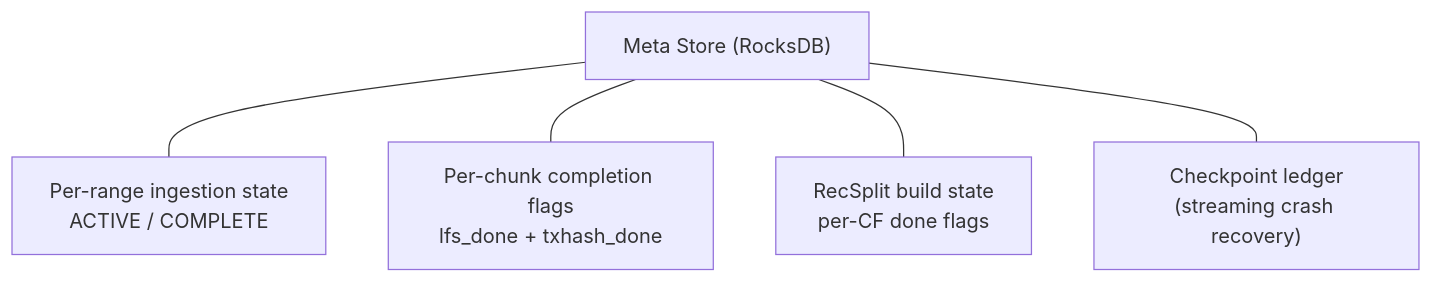
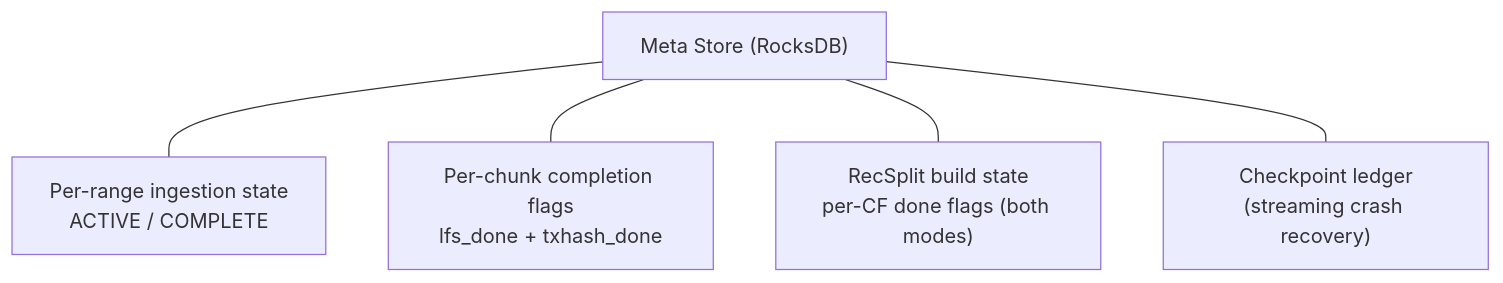
The fourth of 12 diagrams in full-history/design-docs/01-architecture-overview.md (stellar/stellar-rpc), drawn with Mermaid before and after one commit. The commit also changed other lines of this file and 6 other files, not shown here.

First line of the commit message:
Update design docs for 4-phase RecSplit pipeline and per-CF bookkeeping

````diff
--- a/full-history/design-docs/01-architecture-overview.md
+++ b/full-history/design-docs/01-architecture-overview.md
@@ -69,8 +69,8 @@
 ```mermaid
 flowchart TD
     META["Meta Store (RocksDB)"]
     META --- RANGE["Per-range ingestion state<br/>ACTIVE / COMPLETE"]
     META --- CHUNK["Per-chunk completion flags<br/>lfs_done + txhash_done"]
-    META --- RS["RecSplit build state<br/>per-CF done flags"]
+    META --- RS["RecSplit build state<br/>per-CF done flags (both modes)"]
     META --- CP["Checkpoint ledger<br/>(streaming crash recovery)"]
 ```
````
